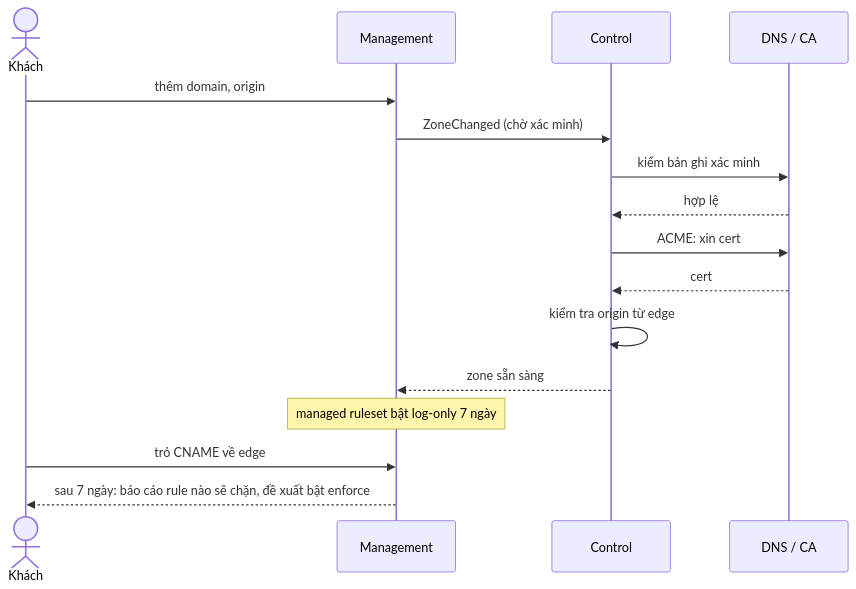
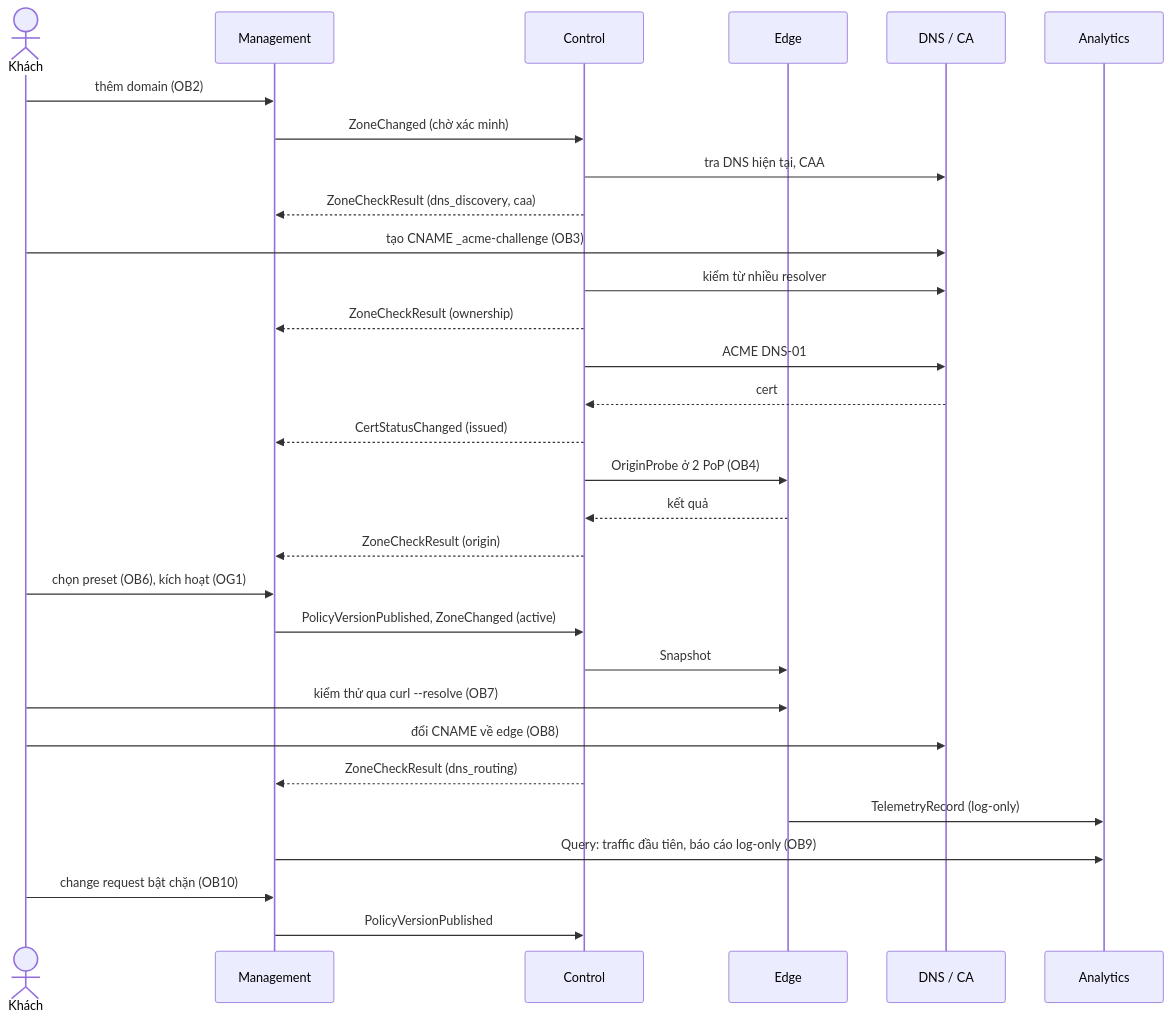
Before and after one commit to metap-org/metap-demo-waf: the fourth of 6 diagrams in docs/architecture/06-runtime/00-index.md, drawn with Mermaid. The commit also changed other lines of this file and 10 other files, not shown here.

First line of the commit message:
docs(architecture): provisional inter-plane contracts and onboarding business analysis

````diff
--- a/docs/architecture/06-runtime/00-index.md
+++ b/docs/architecture/06-runtime/00-index.md
@@ -112,18 +115,32 @@
 ```mermaid
 sequenceDiagram
-    actor A as Khách
+    actor K as Khách
     participant M as Management
     participant C as Control
+    participant E as Edge
     participant D as DNS / CA
-    A->>M: thêm domain, origin
+    participant A as Analytics
+    K->>M: thêm domain (OB2)
     M->>C: ZoneChanged (chờ xác minh)
-    C->>D: kiểm bản ghi xác minh
-    D-->>C: hợp lệ
-    C->>D: ACME: xin cert
+    C->>D: tra DNS hiện tại, CAA
+    C-->>M: ZoneCheckResult (dns_discovery, caa)
+    K->>D: tạo CNAME _acme-challenge (OB3)
+    C->>D: kiểm từ nhiều resolver
+    C-->>M: ZoneCheckResult (ownership)
+    C->>D: ACME DNS-01
     D-->>C: cert
-    C->>C: kiểm tra origin từ edge
-    C-->>M: zone sẵn sàng
-    Note over M: managed ruleset bật log-only 7 ngày
-    A->>M: trỏ CNAME về edge
-    M-->>A: sau 7 ngày: báo cáo rule nào sẽ chặn, đề xuất bật enforce
+    C-->>M: CertStatusChanged (issued)
+    C->>E: OriginProbe ở 2 PoP (OB4)
+    E-->>C: kết quả
+    C-->>M: ZoneCheckResult (origin)
+    K->>M: chọn preset (OB6), kích hoạt (OG1)
+    M->>C: PolicyVersionPublished, ZoneChanged (active)
+    C->>E: Snapshot
+    K->>E: kiểm thử qua curl --resolve (OB7)
+    K->>D: đổi CNAME về edge (OB8)
+    C-->>M: ZoneCheckResult (dns_routing)
+    E->>A: TelemetryRecord (log-only)
+    M->>A: Query: traffic đầu tiên, báo cáo log-only (OB9)
+    K->>M: change request bật chặn (OB10)
+    M->>C: PolicyVersionPublished
 ```
````
